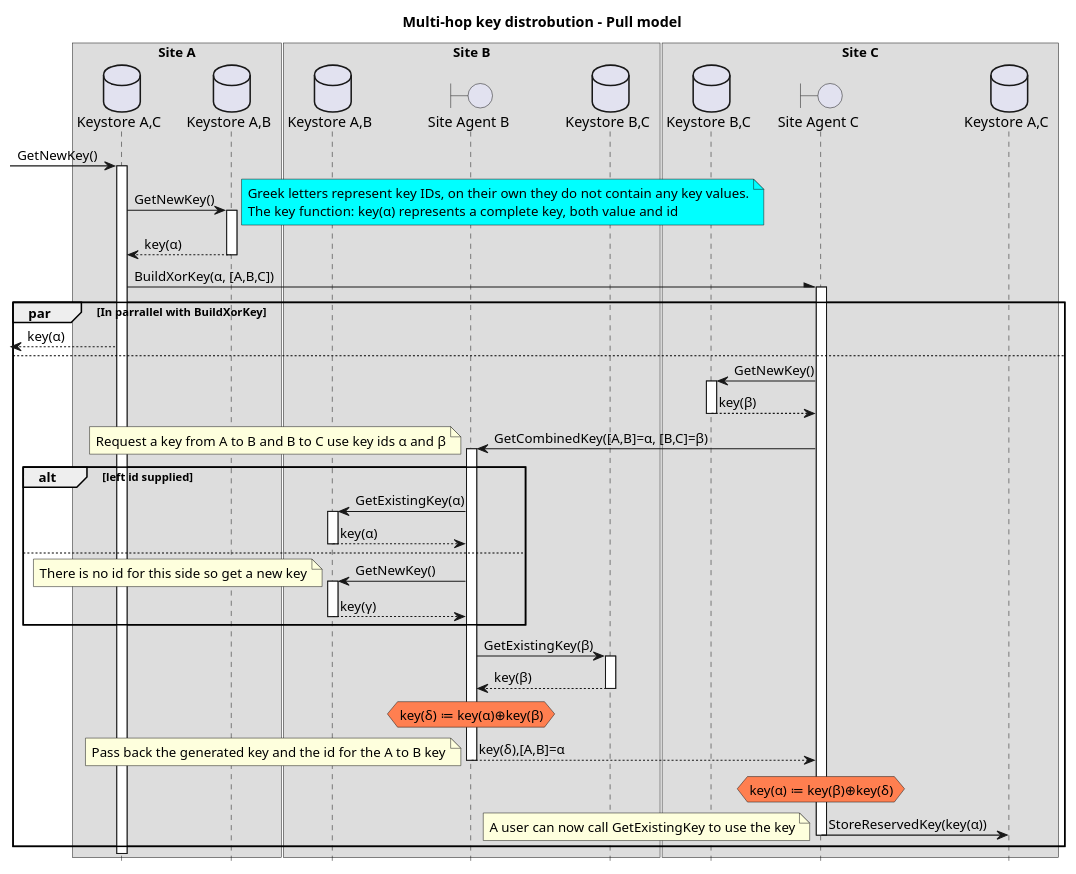
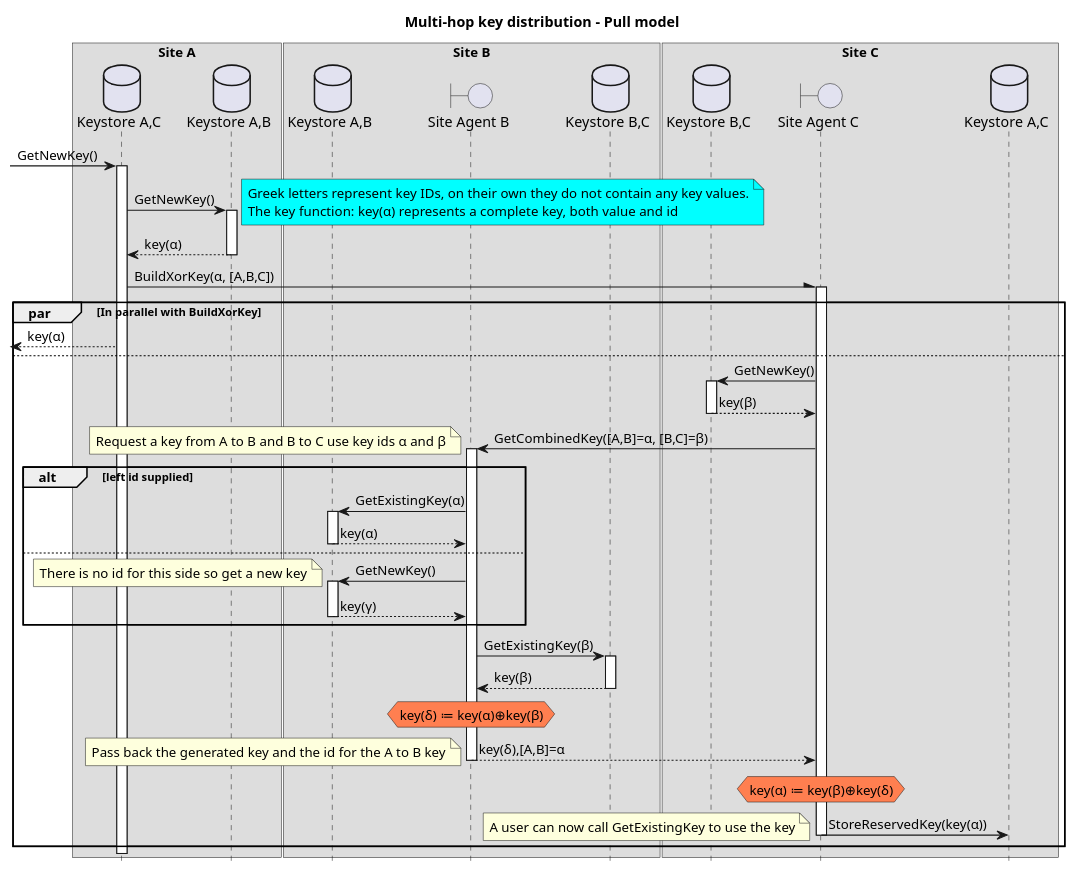
Diagram 17 of 18 in Walkthrough.md (Open-QKD-Network/cqptoolkit), drawn with PlantUML before and after one commit. The commit also changed other lines of this file and 10 other files, not shown here.

```diff
--- a/Walkthrough.md
+++ b/Walkthrough.md
@@ -697,5 +697,5 @@
     @startuml wtMultiHopPull
-        title Multi-hop key distrobution - Pull model
+        title Multi-hop key distribution - Pull model
         hide footbox
 
         box "Site A"
@@ -732,7 +732,7 @@
             ksac_a -\ sac : BuildXorKey(α, [A,B,C])
             activate sac
 
-            par #transparent In parrallel with BuildXorKey
+            par #transparent In parallel with BuildXorKey
                 [<-- ksac_a : key(α)
             also
                 sac -> ksbc_c : GetNewKey()
```
